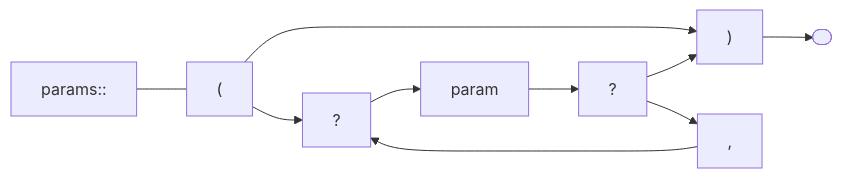
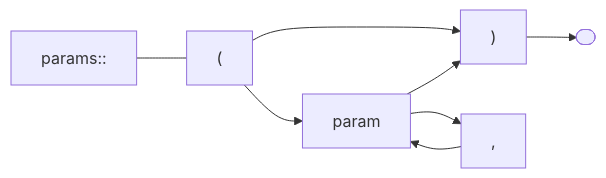
Before and after one commit to andrewfstratton/quandoscript: diagram 13 of 20 in README.md, drawn with Mermaid. The commit also changed other lines of this file, not shown here.

Commit message:
remove whitespacing, replace blocks with end sequence

````diff
--- a/README.md
+++ b/README.md
@@ -52,7 +93,7 @@
 ```mermaid
 graph LR
     stop([ ])
-    l --> r
-    params:: --- l["("]-->?--> param-->rq[?]-->r[")"]-->stop
-    rq-->c[","]-->?
+    params:: --- l["("] --> r[")"]-->stop
+    l--> param--> r
+    param-->c[","]-->param
 ```
````
